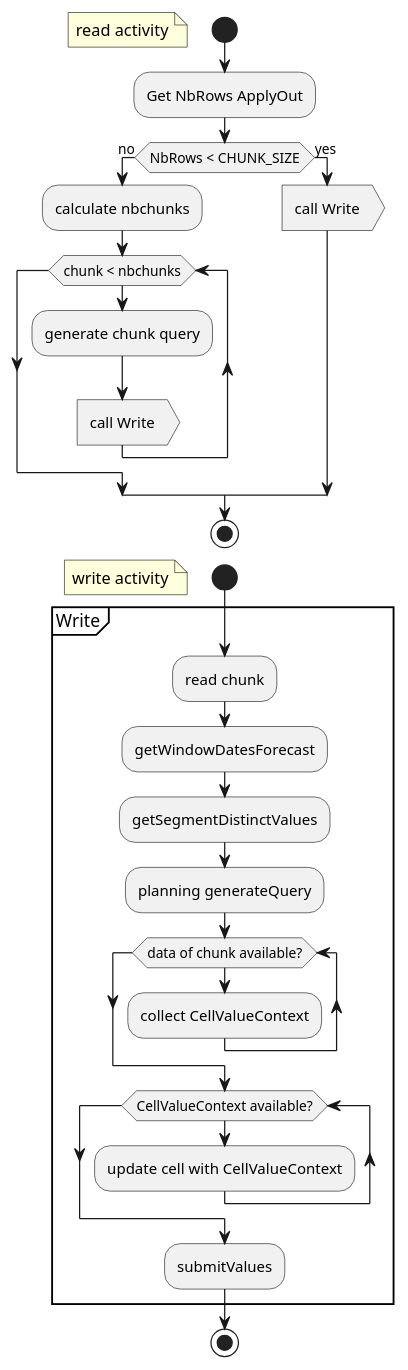
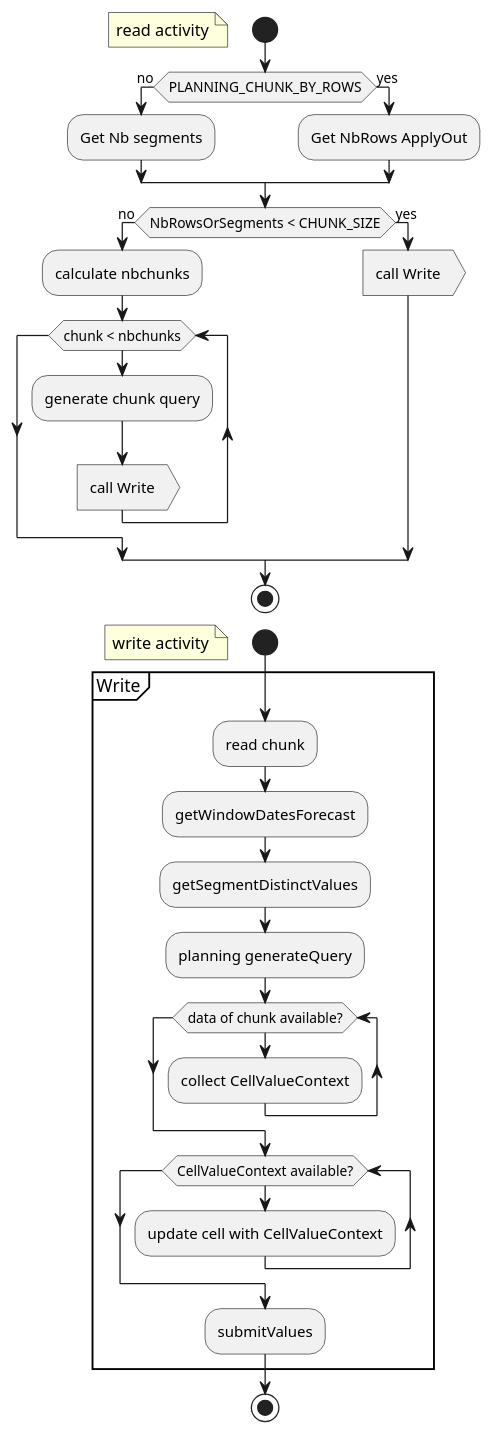
One commit to loutfinadir/uml changed the diagram in writeback_activity.wsd. Above: the diagram before and after it, drawn with PlantUML.

Commit message:
Add chunk by segments

```diff
--- a/writeback_activity.wsd
+++ b/writeback_activity.wsd
@@ -1,38 +1,44 @@
 @startuml
 skinparam ConditionEndStyle hline
 start
 floating note left: read activity
+if (PLANNING_CHUNK_BY_ROWS) then (no)
+  :Get Nb segments;
+else (yes)
 :Get NbRows ApplyOut;
-if (NbRows < CHUNK_SIZE) then (no)
+endif
+
+
+if (NbRowsOrSegments < CHUNK_SIZE) then (no)
   :calculate nbchunks;
   while (chunk < nbchunks)
     :generate chunk query;
     :call Write>
   endwhile
 else (yes)
   :call Write>
 endif
 
 stop
 
 start
 floating note left: write activity
 partition Write {
   :read chunk;
   :getWindowDatesForecast;
   :getSegmentDistinctValues;
   :planning generateQuery;
   while (data of chunk available?)
     :collect CellValueContext;
   endwhile
 
   while (CellValueContext available?)
     :update cell with CellValueContext;
   endwhile
   :submitValues;
 
 }
 stop
 
 
 @enduml
```
